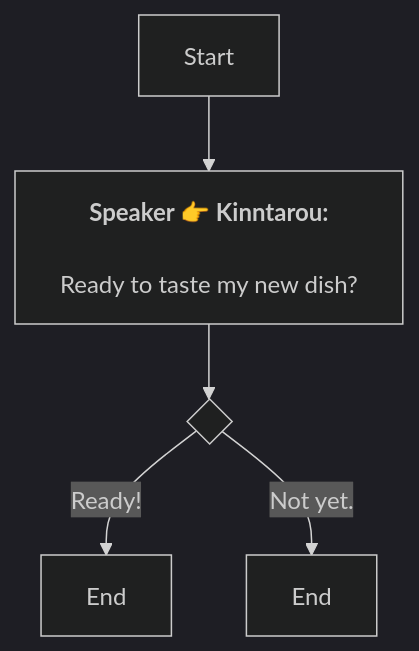
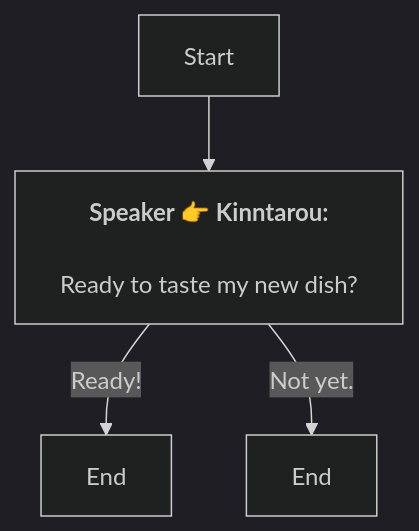
The diagram in En/QuestTalkObjectiveNode_1757653813027427.md (SoftHu/tos_avg), drawn with Mermaid (dark theme) before and after one commit. The commit also changed 737 other files, not shown here.

````diff
--- a/En/QuestTalkObjectiveNode_1757653813027427.md
+++ b/En/QuestTalkObjectiveNode_1757653813027427.md
@@ -1,10 +1,8 @@
 ```mermaid
 graph
 Start -->1757654079816294[<b>Speaker 👉 Kinntarou:</b>
+\nReady to taste my new dish?]
+1757654079816294 -->|Ready!|1757655003113068[End]
+1757654079816294 -->|Not yet.|1757655008383597[End]
 
-Ready to taste my new dish?]
-1757654079816294 -->1757654099408487{ }
-1757654099408487 -->|Ready!|1757655003113068[End]
-1757654099408487 -->|Not yet.|1757655008383597[End]
-
- ```
+```
````
